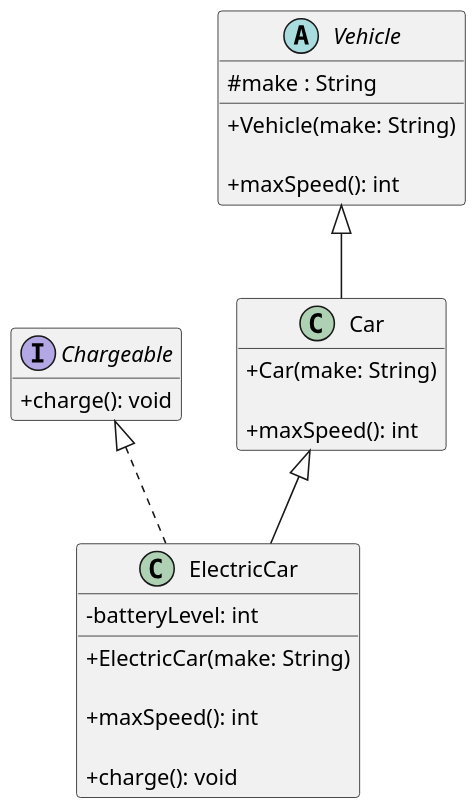
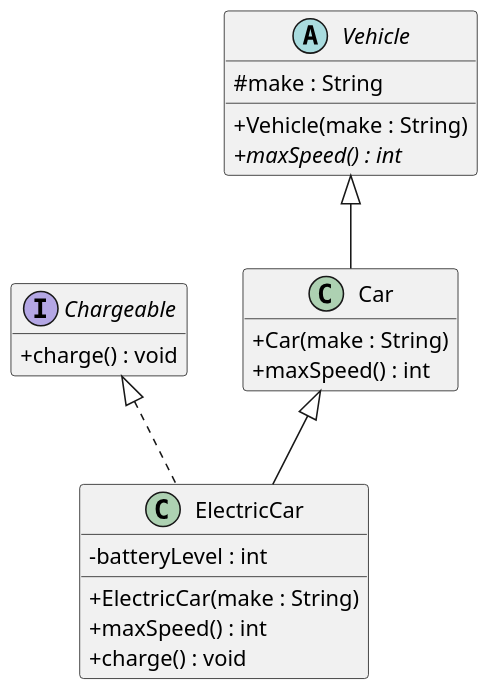
One commit to mndn-gh/207-course-notes changed the diagram in plantuml/exercises/vehicles-uml-starter.puml. Above: the diagram before and after it, drawn with PlantUML.

Commit message:
vehicles uml fix surely

```diff
--- a/plantuml/exercises/vehicles-uml-starter.puml
+++ b/plantuml/exercises/vehicles-uml-starter.puml
@@ -1,54 +1,48 @@
 @startuml
 skinparam dpi 150
 skinparam classAttributeIconSize 0
 hide empty members
 
 ' Your task (Chapter 3, Question 2): draw the UML class diagram for the
 ' Vehicle / Car / ElectricCar / Chargeable code.
 '
 ' Define each type as a box, then connect them with the right arrows. One box
 ' (Chargeable) is filled in as an example — complete the other three and add the
 ' relationships.
 '
 ' PlantUML cheat-sheet:
 '   interface Name { + method() : Type }
 '   abstract class Name { # field : Type }
 '   class Name { - field : Type }
 '   Parent    <|-- Child    ' generalization: Child extends Parent
 '   Interface <|.. Class    ' realization:    Class implements Interface
 ' (Putting the parent/interface on the LEFT of the arrow keeps it on top.)
 
 interface Chargeable {
-  + charge(): void
+  + charge() : void
 }
 
 abstract class Vehicle {
   # make : String
-
-  + Vehicle(make: String)
-
-  + maxSpeed(): int
+  + Vehicle(make : String)
+  + {abstract} maxSpeed() : int
 }
 
 class Car {
-  + Car(make: String)
-
-  + maxSpeed(): int
+  + Car(make : String)
+  + maxSpeed() : int
 }
 
 Vehicle <|-- Car
 
 class ElectricCar {
-  - batteryLevel: int
-
-  + ElectricCar(make: String)
-
-  + maxSpeed(): int
-
-  + charge(): void
+  - batteryLevel : int
+  + ElectricCar(make : String)
+  + maxSpeed() : int
+  + charge() : void
 }
 
 Car <|-- ElectricCar
 Chargeable <|.. ElectricCar
 
 @enduml
```
